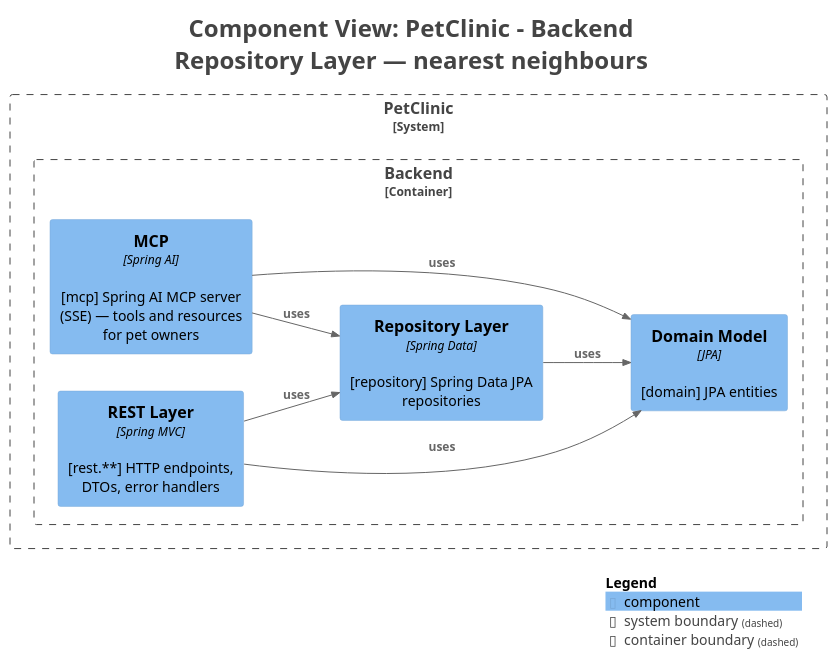
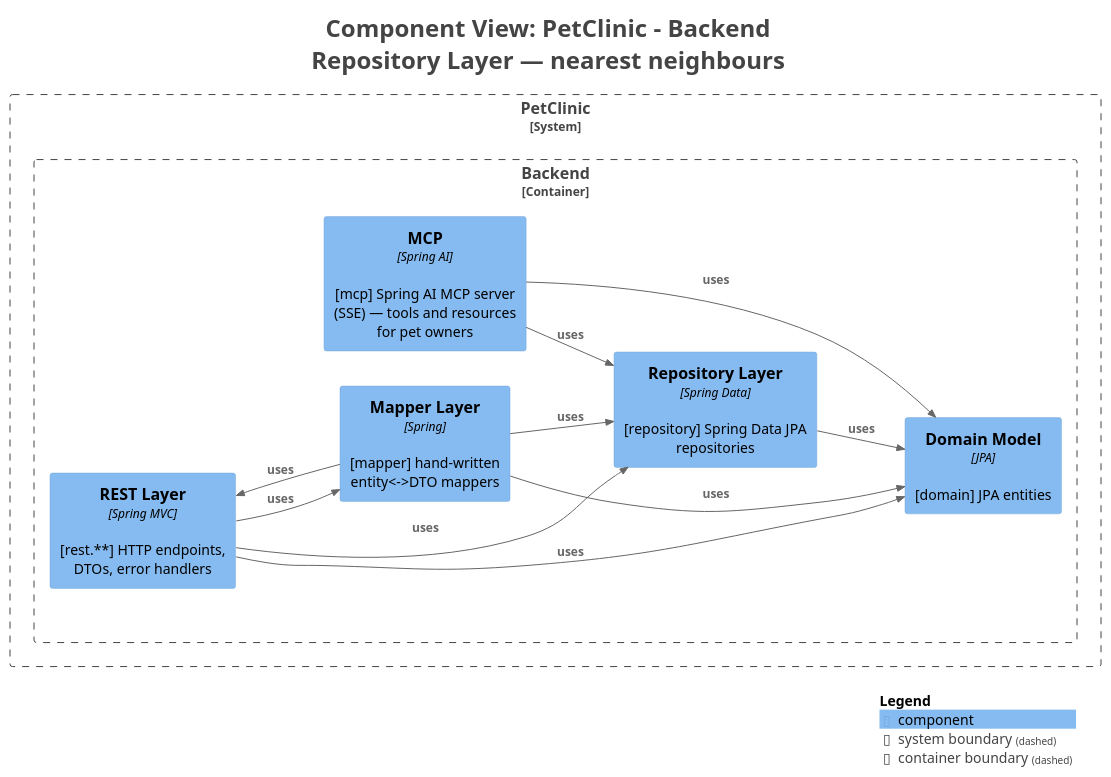
The diagram in petclinic-backend/docs/generated/c4views/C3-Repository.puml (victorrentea/petclinic), drawn with PlantUML before and after one commit. The commit also changed 25 other files, not shown here.

```diff
--- a/petclinic-backend/docs/generated/c4views/C3-Repository.puml
+++ b/petclinic-backend/docs/generated/c4views/C3-Repository.puml
@@ -1,36 +1,41 @@
 @startuml
 title <size:24>Component View: PetClinic - Backend</size>\n<size:24>Repository Layer — nearest neighbours</size>
 
 set separator none
 left to right direction
 
 <style>
   root {
     BackgroundColor: #ffffff
     FontColor: #444444
   }
 </style>
 
 !include <C4/C4>
 !include <C4/C4_Context>
 !include <C4/C4_Component>
 
 System_Boundary("PetClinic_boundary", "PetClinic", $tags="") {
   Container_Boundary("PetClinic.Backend_boundary", "Backend", $tags="") {
     Component(PetClinic.Backend.MCP, "MCP", $techn="Spring AI", $descr="[mcp] Spring AI MCP server (SSE) — tools and resources for pet owners", $tags="", $link="")
     Component(PetClinic.Backend.RESTLayer, "REST Layer", $techn="Spring MVC", $descr="[rest.**] HTTP endpoints, DTOs, error handlers", $tags="", $link="")
     Component(PetClinic.Backend.DomainModel, "Domain Model", $techn="JPA", $descr="[domain] JPA entities", $tags="", $link="")
     Component(PetClinic.Backend.RepositoryLayer, "Repository Layer", $techn="Spring Data", $descr="[repository] Spring Data JPA repositories", $tags="", $link="")
+    Component(PetClinic.Backend.MapperLayer, "Mapper Layer", $techn="Spring", $descr="[mapper] hand-written entity<->DTO mappers", $tags="", $link="")
   }
 
 }
 
+Rel(PetClinic.Backend.RESTLayer, PetClinic.Backend.MapperLayer, "uses", $techn="", $tags="", $link="")
 Rel(PetClinic.Backend.RESTLayer, PetClinic.Backend.DomainModel, "uses", $techn="", $tags="", $link="")
 Rel(PetClinic.Backend.RESTLayer, PetClinic.Backend.RepositoryLayer, "uses", $techn="", $tags="", $link="")
+Rel(PetClinic.Backend.MapperLayer, PetClinic.Backend.RESTLayer, "uses", $techn="", $tags="", $link="")
+Rel(PetClinic.Backend.MapperLayer, PetClinic.Backend.DomainModel, "uses", $techn="", $tags="", $link="")
+Rel(PetClinic.Backend.MapperLayer, PetClinic.Backend.RepositoryLayer, "uses", $techn="", $tags="", $link="")
 Rel(PetClinic.Backend.RepositoryLayer, PetClinic.Backend.DomainModel, "uses", $techn="", $tags="", $link="")
 Rel(PetClinic.Backend.MCP, PetClinic.Backend.DomainModel, "uses", $techn="", $tags="", $link="")
 Rel(PetClinic.Backend.MCP, PetClinic.Backend.RepositoryLayer, "uses", $techn="", $tags="", $link="")
 
 SHOW_LEGEND(true)
 hide stereotypes
 @enduml
```
